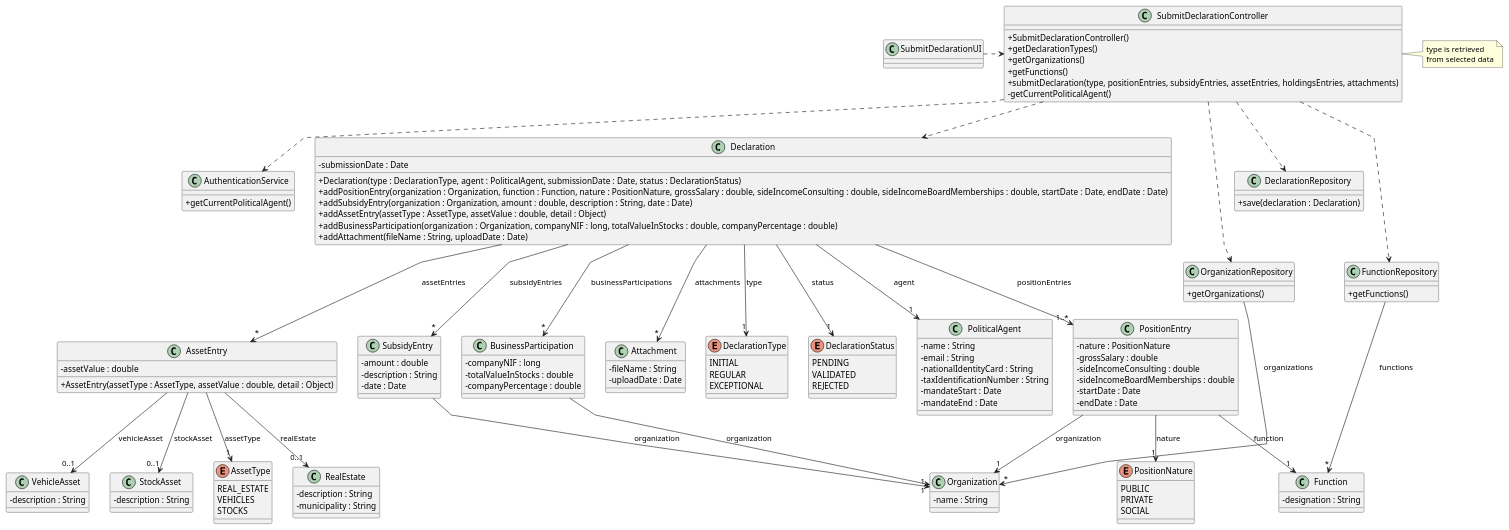
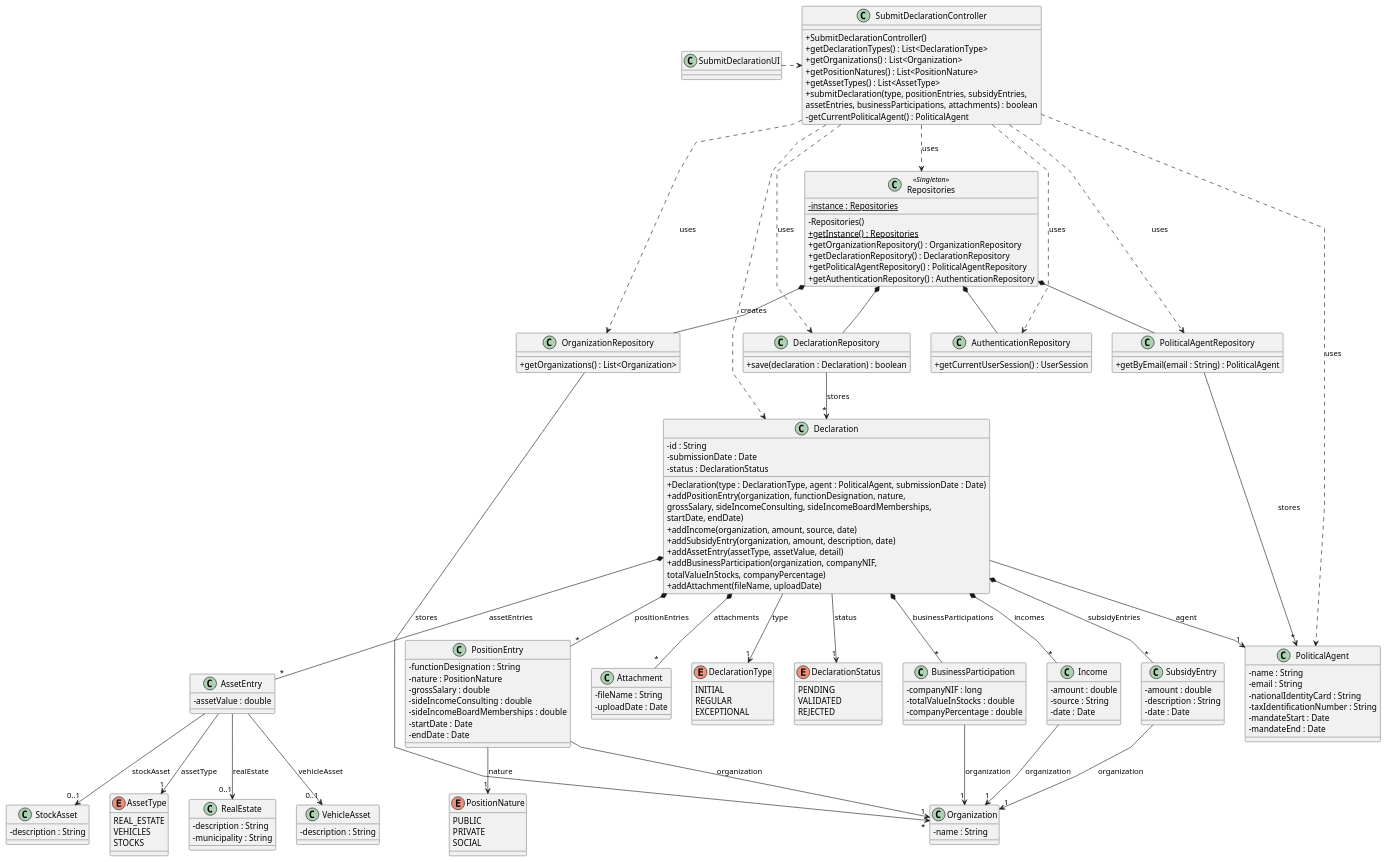
One commit to brunodspinto/crystal-clear-platform changed the diagram in docs/system-documentation/US06/03.design/puml/US06-CD.puml. Above: the diagram before and after it, drawn with PlantUML. The commit also changed 1 other file, not shown here.

```diff
--- a/docs/system-documentation/US06/03.design/puml/US06-CD.puml
+++ b/docs/system-documentation/US06/03.design/puml/US06-CD.puml
@@ -1,169 +1,197 @@
 @startuml US06-CD
-'skinparam monochrome true
 skinparam packageStyle rectangle
 skinparam shadowing false
 skinparam linetype polyline
 skinparam classAttributeIconSize 0
 
 class SubmitDeclarationUI {
 }
 
 class SubmitDeclarationController {
     + SubmitDeclarationController()
-    + getDeclarationTypes()
-    + getOrganizations()
-    + getFunctions()
-    + submitDeclaration(type, positionEntries, subsidyEntries, assetEntries, holdingsEntries, attachments)
-    - getCurrentPoliticalAgent()
+    + getDeclarationTypes() : List<DeclarationType>
+    + getOrganizations() : List<Organization>
+    + getPositionNatures() : List<PositionNature>
+    + getAssetTypes() : List<AssetType>
+    + submitDeclaration(type, positionEntries, subsidyEntries,\nassetEntries, businessParticipations, attachments) : boolean
+    - getCurrentPoliticalAgent() : PoliticalAgent
 }
 
-class AuthenticationService {
-    + getCurrentPoliticalAgent()
+class Repositories <<Singleton>> {
+    - {static} instance : Repositories
+    - Repositories()
+    + {static} getInstance() : Repositories
+    + getOrganizationRepository() : OrganizationRepository
+    + getDeclarationRepository() : DeclarationRepository
+    + getPoliticalAgentRepository() : PoliticalAgentRepository
+    + getAuthenticationRepository() : AuthenticationRepository
 }
 
 class OrganizationRepository {
-    + getOrganizations()
-}
-
-class FunctionRepository {
-    + getFunctions()
+    + getOrganizations() : List<Organization>
 }
 
 class DeclarationRepository {
-    + save(declaration : Declaration)
+    + save(declaration : Declaration) : boolean
+}
+
+class PoliticalAgentRepository {
+    + getByEmail(email : String) : PoliticalAgent
+}
+
+class AuthenticationRepository {
+    + getCurrentUserSession() : UserSession
 }
 
 class PoliticalAgent {
     - name : String
     - email : String
     - nationalIdentityCard : String
     - taxIdentificationNumber : String
     - mandateStart : Date
     - mandateEnd : Date
 }
 
 class Declaration {
+    - id : String
     - submissionDate : Date
-    + Declaration(type : DeclarationType, agent : PoliticalAgent, submissionDate : Date, status : DeclarationStatus)
-    + addPositionEntry(organization : Organization, function : Function, nature : PositionNature, grossSalary : double, sideIncomeConsulting : double, sideIncomeBoardMemberships : double, startDate : Date, endDate : Date)
-    + addSubsidyEntry(organization : Organization, amount : double, description : String, date : Date)
-    + addAssetEntry(assetType : AssetType, assetValue : double, detail : Object)
-    + addBusinessParticipation(organization : Organization, companyNIF : long, totalValueInStocks : double, companyPercentage : double)
-    + addAttachment(fileName : String, uploadDate : Date)
+    - status : DeclarationStatus
+    + Declaration(type : DeclarationType, agent : PoliticalAgent, submissionDate : Date)
+    + addPositionEntry(organization, functionDesignation, nature,\ngrossSalary, sideIncomeConsulting, sideIncomeBoardMemberships,\nstartDate, endDate)
+    + addIncome(organization, amount, source, date)
+    + addSubsidyEntry(organization, amount, description, date)
+    + addAssetEntry(assetType, assetValue, detail)
+    + addBusinessParticipation(organization, companyNIF,\ntotalValueInStocks, companyPercentage)
+    + addAttachment(fileName, uploadDate)
 }
 
 class PositionEntry {
+    - functionDesignation : String
     - nature : PositionNature
     - grossSalary : double
     - sideIncomeConsulting : double
     - sideIncomeBoardMemberships : double
     - startDate : Date
     - endDate : Date
+}
+
+class Income {
+    - amount : double
+    - source : String
+    - date : Date
 }
 
 class SubsidyEntry {
     - amount : double
     - description : String
     - date : Date
 }
 
 class AssetEntry {
     - assetValue : double
-    + AssetEntry(assetType : AssetType, assetValue : double, detail : Object)
 }
 
 class RealEstate {
     - description : String
     - municipality : String
 }
 
 class VehicleAsset {
     - description : String
 }
 
 class StockAsset {
     - description : String
 }
 
 class BusinessParticipation {
     - companyNIF : long
     - totalValueInStocks : double
     - companyPercentage : double
 }
 
 class Organization {
     - name : String
-}
-
-class Function {
-    - designation : String
 }
 
 class Attachment {
     - fileName : String
     - uploadDate : Date
 }
 
 enum DeclarationType {
     INITIAL
     REGULAR
     EXCEPTIONAL
 }
 
 enum DeclarationStatus {
     PENDING
     VALIDATED
     REJECTED
 }
 
 enum AssetType {
     REAL_ESTATE
     VEHICLES
     STOCKS
 }
 
 enum PositionNature {
     PUBLIC
     PRIVATE
     SOCIAL
 }
 
-note right of SubmitDeclarationController
-    type is retrieved
-    from selected data
-end note
-
+' ── UI → Controller ───────────────────────────────────────────────────────────
 SubmitDeclarationUI .> SubmitDeclarationController
 
-SubmitDeclarationController ..> AuthenticationService
-SubmitDeclarationController ..> OrganizationRepository
-SubmitDeclarationController ..> FunctionRepository
-SubmitDeclarationController ..> DeclarationRepository
-SubmitDeclarationController ..> Declaration
+' ── Controller → Repositories (GRASP: accesses singleton to obtain repos) ─────
+SubmitDeclarationController ..> Repositories : uses
 
-OrganizationRepository --> "*" Organization : organizations
-FunctionRepository --> "*" Function : functions
+' ── Controller → Repositories (direct use after obtaining from singleton) ──────
+SubmitDeclarationController ..> OrganizationRepository : uses
+SubmitDeclarationController ..> DeclarationRepository : uses
+SubmitDeclarationController ..> PoliticalAgentRepository : uses
+SubmitDeclarationController ..> AuthenticationRepository : uses
+SubmitDeclarationController ..> Declaration : creates
+SubmitDeclarationController ..> PoliticalAgent : uses
 
+' ── Repositories singleton owns all repositories ──────────────────────────────
+Repositories *-- OrganizationRepository
+Repositories *-- DeclarationRepository
+Repositories *-- PoliticalAgentRepository
+Repositories *-- AuthenticationRepository
+
+' ── Repositories store domain objects ─────────────────────────────────────────
+OrganizationRepository --> "*" Organization : stores
+DeclarationRepository --> "*" Declaration : stores
+PoliticalAgentRepository --> "*" PoliticalAgent : stores
+
+' ── Declaration aggregate ─────────────────────────────────────────────────────
 Declaration --> "1" PoliticalAgent : agent
 Declaration --> "1" DeclarationType : type
 Declaration --> "1" DeclarationStatus : status
-Declaration --> "1..*" PositionEntry : positionEntries
-Declaration --> "*" SubsidyEntry : subsidyEntries
-Declaration --> "*" AssetEntry : assetEntries
-Declaration --> "*" BusinessParticipation : businessParticipations
-Declaration --> "*" Attachment : attachments
+Declaration *-- "*" PositionEntry : positionEntries
+Declaration *-- "*" Income : incomes
+Declaration *-- "*" SubsidyEntry : subsidyEntries
+Declaration *-- "*" AssetEntry : assetEntries
+Declaration *-- "*" BusinessParticipation : businessParticipations
+Declaration *-- "*" Attachment : attachments
 
+' ── Entries → shared domain ───────────────────────────────────────────────────
 PositionEntry --> "1" Organization : organization
-PositionEntry --> "1" Function : function
 PositionEntry --> "1" PositionNature : nature
+
+Income --> "1" Organization : organization
 
 SubsidyEntry --> "1" Organization : organization
 
 AssetEntry --> "1" AssetType : assetType
 AssetEntry --> "0..1" RealEstate : realEstate
 AssetEntry --> "0..1" VehicleAsset : vehicleAsset
 AssetEntry --> "0..1" StockAsset : stockAsset
 
 BusinessParticipation --> "1" Organization : organization
 
 @enduml
```
